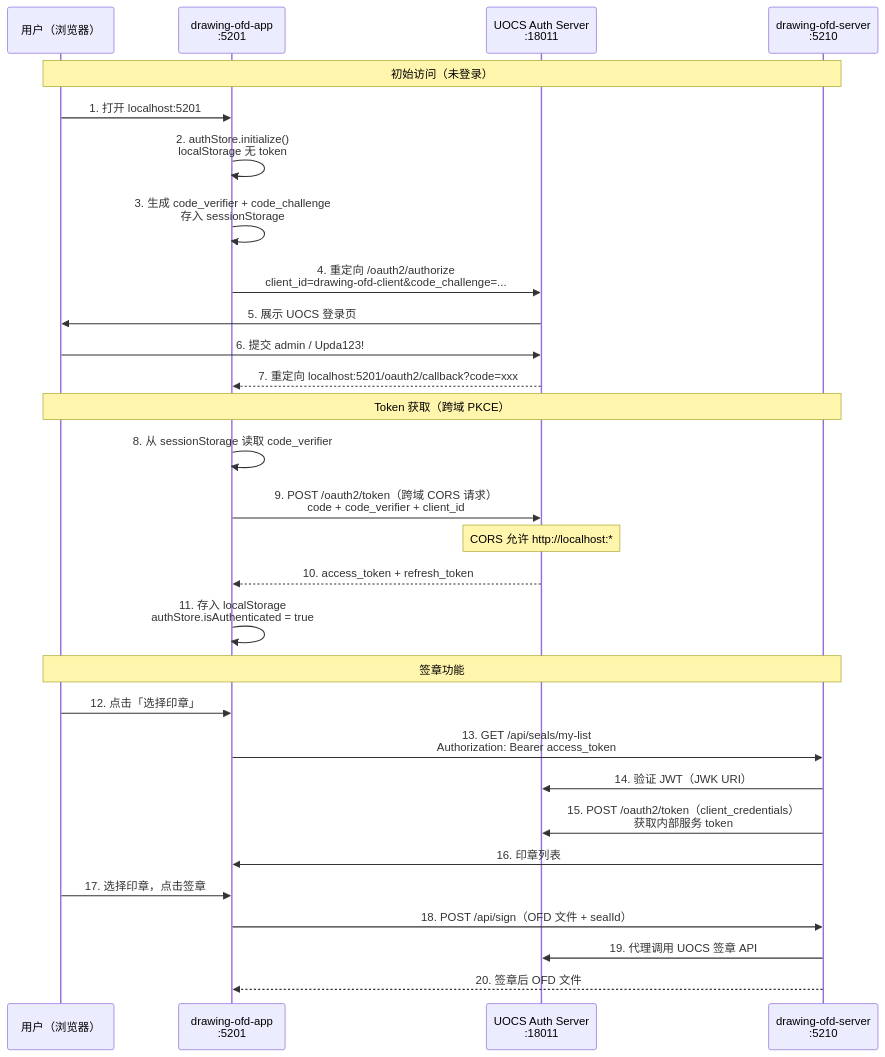
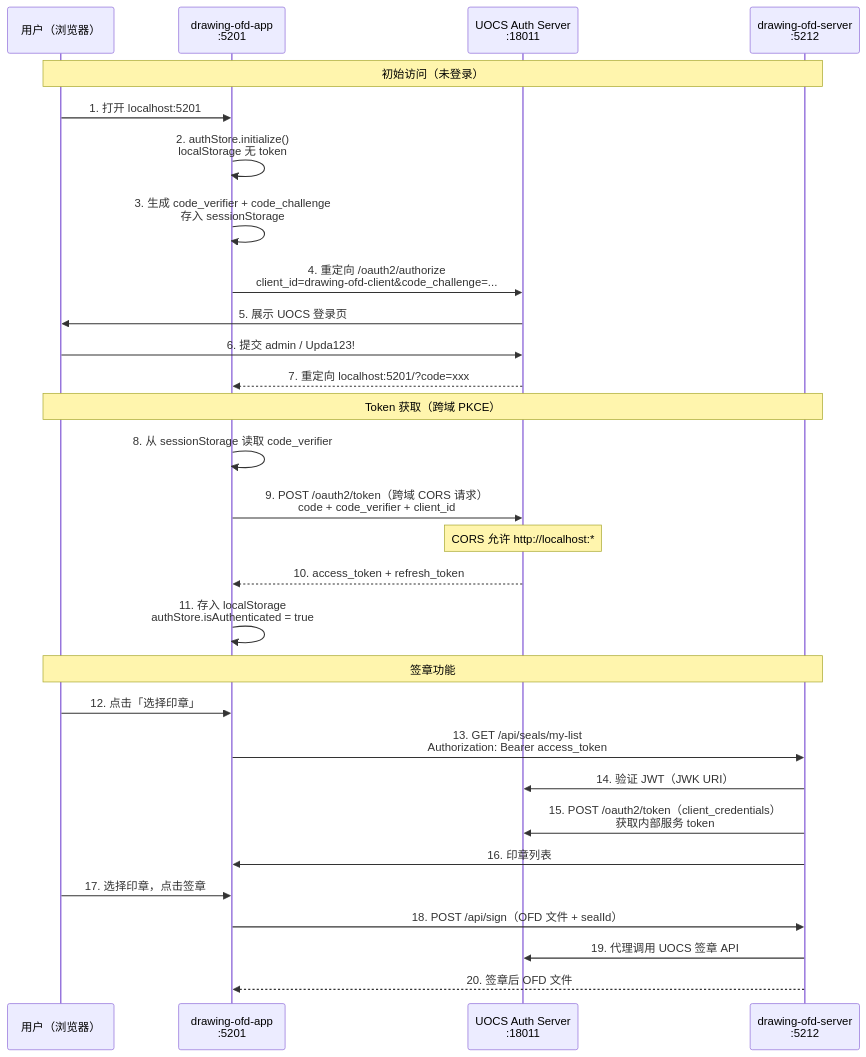
One commit to luguosong/obsidian-lgs changed the ninth of 10 diagrams in UOCS开发/drawing-ofd/OAuth2认证体系/OAuth2认证体系设计与实现.md. Above: the diagram before and after it, drawn with Mermaid. The commit also changed other lines of this file and 1 other file, not shown here.

````diff
--- a/UOCS开发/drawing-ofd/OAuth2认证体系/OAuth2认证体系设计与实现.md
+++ b/UOCS开发/drawing-ofd/OAuth2认证体系/OAuth2认证体系设计与实现.md
@@ -1010,34 +727,34 @@
 ```mermaid
 sequenceDiagram
     participant U as 用户（浏览器）
     participant App as drawing-ofd-app<br/>:5201
     participant Auth as UOCS Auth Server<br/>:18011
-    participant Srv as drawing-ofd-server<br/>:5210
+    participant Srv as drawing-ofd-server<br/>:5212
 
     Note over U,Srv: 初始访问（未登录）
     U->>App: 1. 打开 localhost:5201
     App->>App: 2. authStore.initialize()<br/>localStorage 无 token
     App->>App: 3. 生成 code_verifier + code_challenge<br/>存入 sessionStorage
     App->>Auth: 4. 重定向 /oauth2/authorize<br/>client_id=drawing-ofd-client&code_challenge=...
     Auth->>U: 5. 展示 UOCS 登录页
     U->>Auth: 6. 提交 admin / Upda123!
-    Auth-->>App: 7. 重定向 localhost:5201/oauth2/callback?code=xxx
+    Auth-->>App: 7. 重定向 localhost:5201/?code=xxx
 
     Note over U,Srv: Token 获取（跨域 PKCE）
     App->>App: 8. 从 sessionStorage 读取 code_verifier
     App->>Auth: 9. POST /oauth2/token（跨域 CORS 请求）<br/>code + code_verifier + client_id
     Note over Auth: CORS 允许 http://localhost:*
     Auth-->>App: 10. access_token + refresh_token
     App->>App: 11. 存入 localStorage<br/>authStore.isAuthenticated = true
 
     Note over U,Srv: 签章功能
     U->>App: 12. 点击「选择印章」
     App->>Srv: 13. GET /api/seals/my-list<br/>Authorization: Bearer access_token
     Srv->>Auth: 14. 验证 JWT（JWK URI）
     Srv->>Auth: 15. POST /oauth2/token（client_credentials）<br/>获取内部服务 token
     Srv->>App: 16. 印章列表
     U->>App: 17. 选择印章，点击签章
     App->>Srv: 18. POST /api/sign（OFD 文件 + sealId）
     Srv->>Auth: 19. 代理调用 UOCS 签章 API
     Srv-->>App: 20. 签章后 OFD 文件
 ```
````
